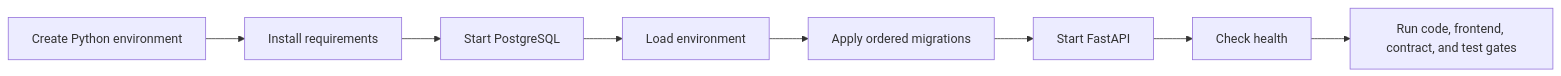
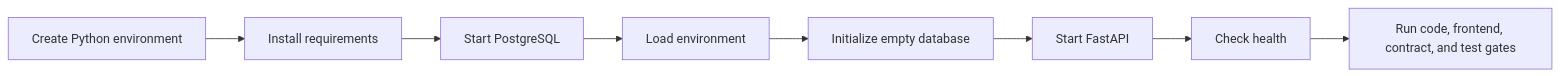
One commit to KaiusJin/WeCanFindIntern changed the ninth of 9 diagrams in docs/TECHNICAL_DOCUMENTATION.md. Above: the diagram before and after it, drawn with Mermaid. The commit also changed other lines of this file and 54 other files, not shown here.

````diff
--- a/docs/TECHNICAL_DOCUMENTATION.md
+++ b/docs/TECHNICAL_DOCUMENTATION.md
@@ -492,10 +492,10 @@
 ```mermaid
 flowchart LR
     V[Create Python environment] --> I[Install requirements]
     I --> P[Start PostgreSQL]
     P --> E[Load environment]
-    E --> M[Apply ordered migrations]
+    E --> M[Initialize empty database]
     M --> A[Start FastAPI]
     A --> H[Check health]
     H --> C[Run code, frontend, contract, and test gates]
 ```
````
